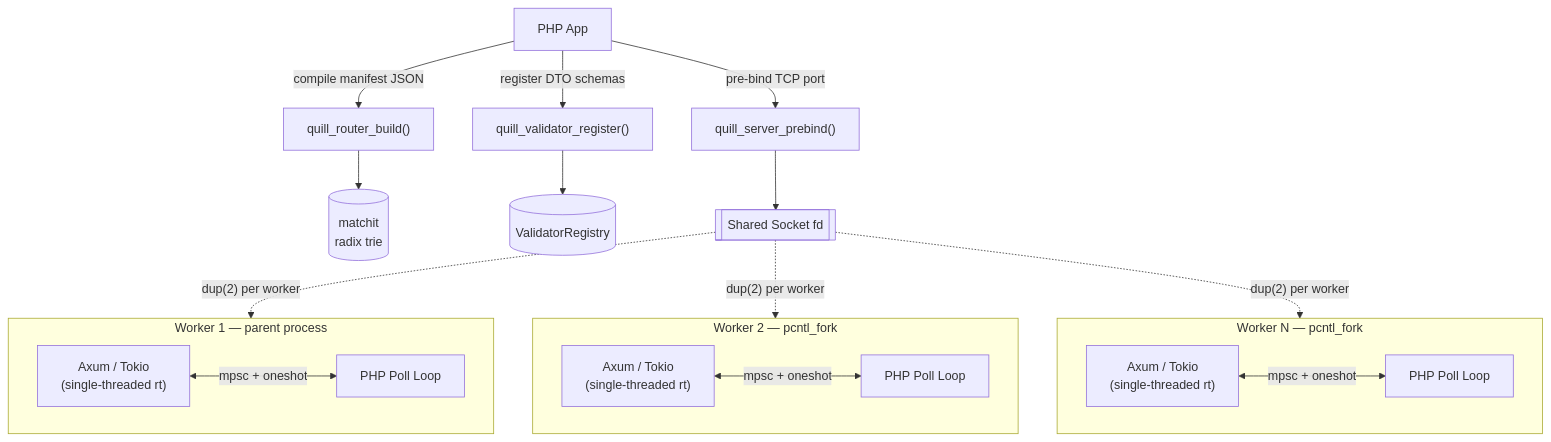
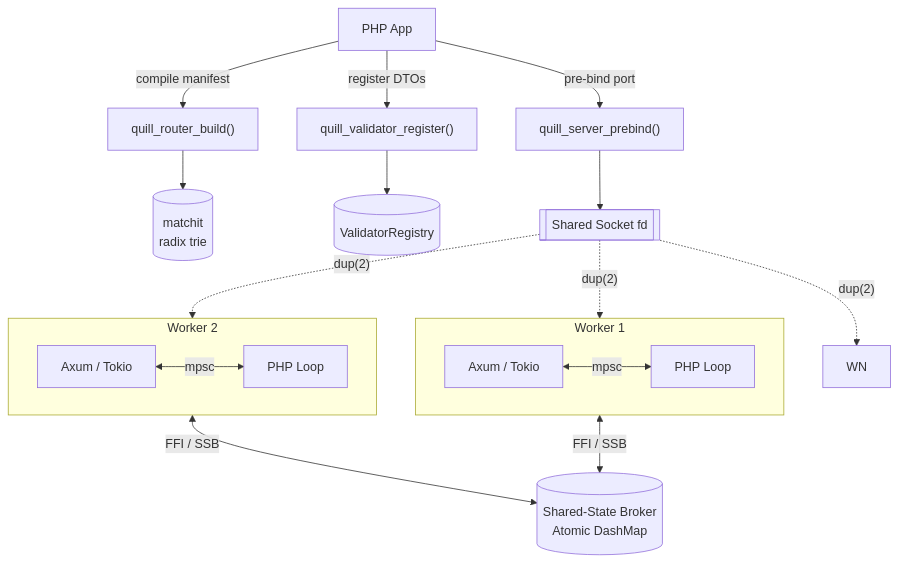
The first of 2 diagrams in README.md (quillphp/quill-core), drawn with Mermaid before and after one commit. The commit also changed other lines of this file and 7 other files, not shown here.

Commit message:
feat: introduce thread-safe state management, optimize validator with DashMap and sonic-rs, and add max_body_size to route metadata

````diff
--- a/README.md
+++ b/README.md
@@ -33,25 +34,25 @@
 ```mermaid
 flowchart TD
-    A[PHP App] -->|compile manifest JSON| B["quill_router_build()"]
-    A -->|register DTO schemas| C["quill_validator_register()"]
-    A -->|pre-bind TCP port| D["quill_server_prebind()"]
+    A[PHP App] -->|compile manifest| B["quill_router_build()"]
+    A -->|register DTOs| C["quill_validator_register()"]
+    A -->|pre-bind port| D["quill_server_prebind()"]
 
     B --> Router[(matchit\nradix trie)]
     C --> Validator[(ValidatorRegistry)]
     D --> Sock[[Shared Socket fd]]
+    
+    SSB[(Shared-State Broker\nAtomic DashMap)]
 
-    Sock -.->|"dup(2) per worker"| W1 & W2 & WN
+    Sock -.->|"dup(2)"| W1 & W2 & WN
 
-    subgraph W1 ["Worker 1 — parent process"]
+    subgraph W1 ["Worker 1"]
         direction LR
-        AX1["Axum / Tokio\n(single-threaded rt)"] <-->|"mpsc + oneshot"| PH1[PHP Poll Loop]
+        AX1["Axum / Tokio"] <-->|"mpsc"| PH1[PHP Loop]
     end
-    subgraph W2 ["Worker 2 — pcntl_fork"]
+    subgraph W2 ["Worker 2"]
         direction LR
-        AX2["Axum / Tokio\n(single-threaded rt)"] <-->|"mpsc + oneshot"| PH2[PHP Poll Loop]
+        AX2["Axum / Tokio"] <-->|"mpsc"| PH2[PHP Loop]
     end
-    subgraph WN ["Worker N — pcntl_fork"]
-        direction LR
-        AXN["Axum / Tokio\n(single-threaded rt)"] <-->|"mpsc + oneshot"| PHN[PHP Poll Loop]
-    end
+    
+    PH1 & PH2 <-->|FFI / SSB| SSB
 ```
````
